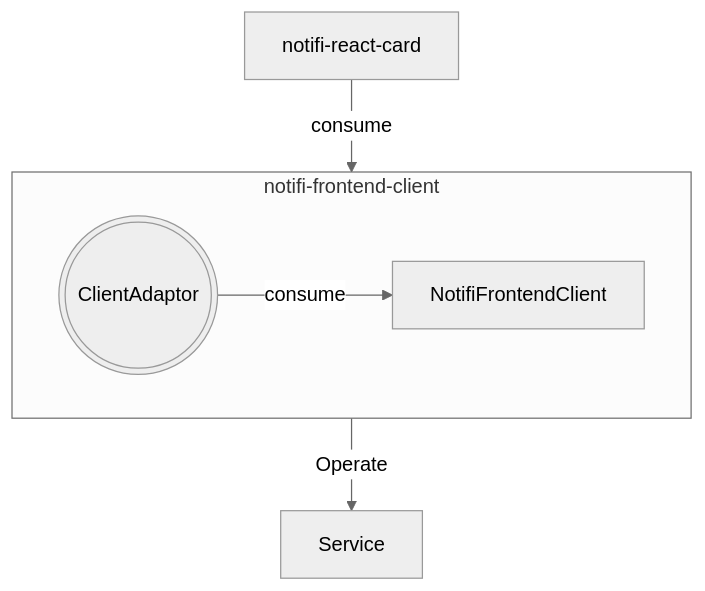
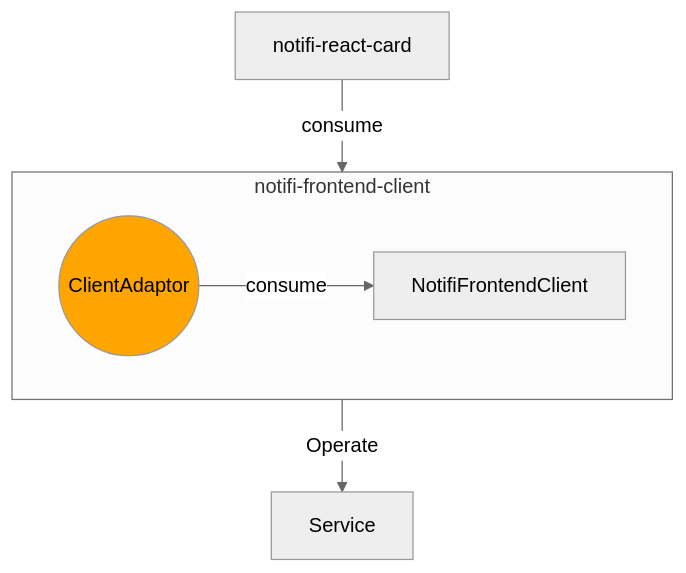
Before and after one commit to happyeric77/colorfullife-docs: the second of 2 diagrams in docs/notifi/sdk-consolidate.md, drawn with Mermaid (neutral theme). The commit also changed other lines of this file, not shown here.

````diff
--- a/docs/notifi/sdk-consolidate.md
+++ b/docs/notifi/sdk-consolidate.md
@@ -48,7 +48,8 @@
 ```mermaid
 flowchart TD
     notifi-react-card --consume--> notifi-frontend-client --Operate--> Service
     subgraph notifi-frontend-client
-    ClientAdaptor(((ClientAdaptor))) --consume--> NotifiFrontendClient
+    ClientAdaptor((ClientAdaptor)):::adaptor --consume--> NotifiFrontendClient
+    classDef adaptor fill:orange,color:black
     end
 ```
````
